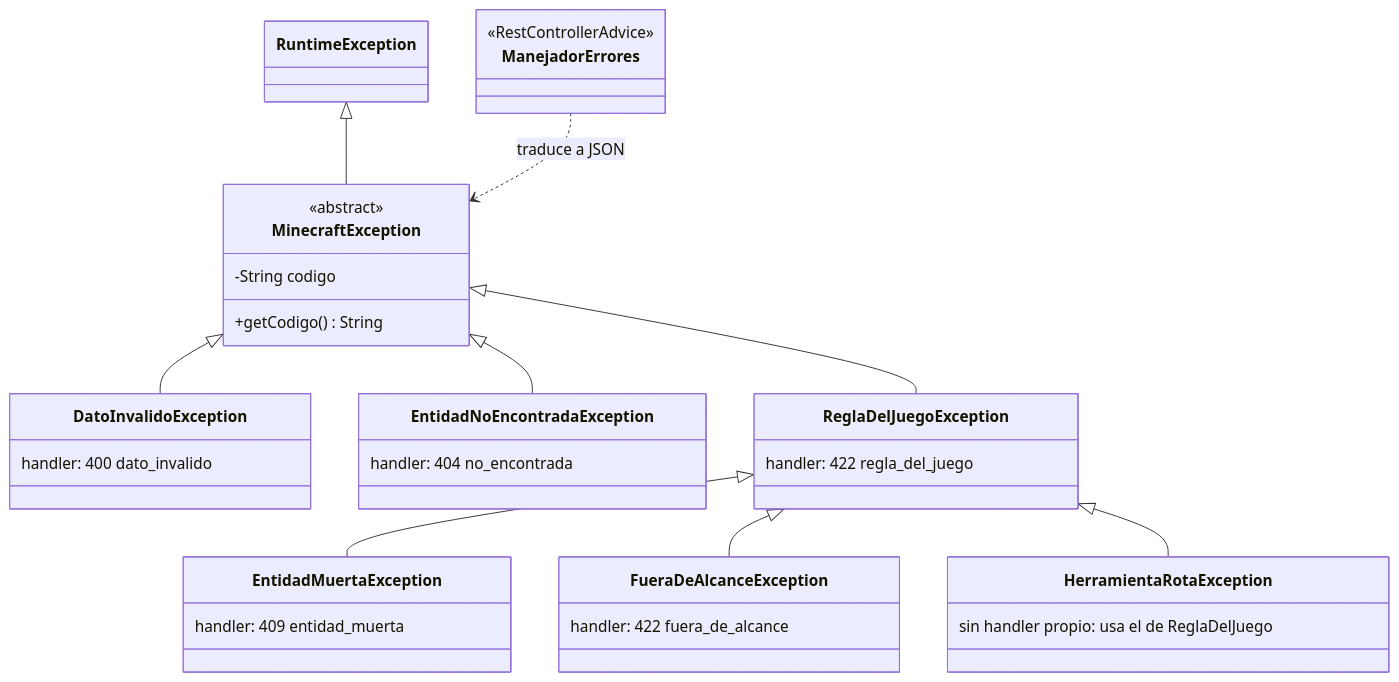
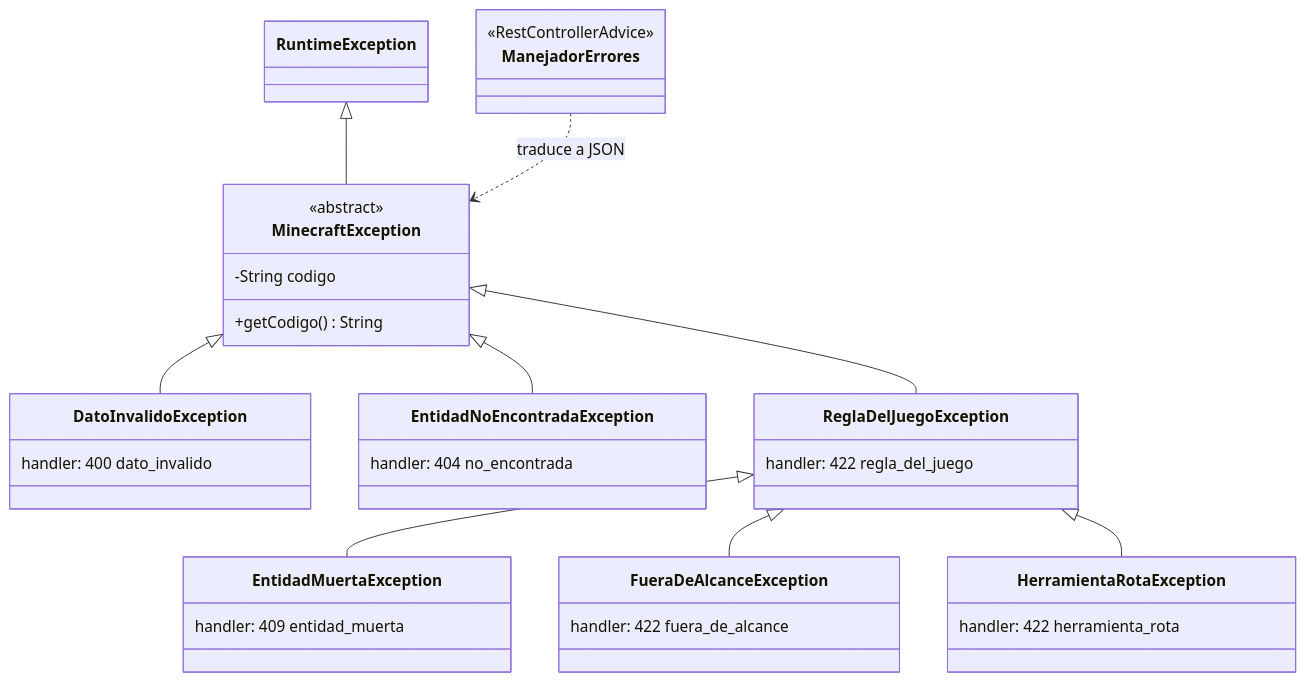
The second of 2 diagrams in README.md (IrinaInsfran/ii-taller-git-2026), drawn with Mermaid before and after one commit. The commit also changed other lines of this file and 27 other files, not shown here.

````diff
--- a/README.md
+++ b/README.md
@@ -313,39 +374,39 @@
 ```mermaid
 classDiagram
     class RuntimeException
     class MinecraftException {
         <<abstract>>
         -String codigo
         +getCodigo() String
     }
     class DatoInvalidoException {
         handler: 400 dato_invalido
     }
     class EntidadNoEncontradaException {
         handler: 404 no_encontrada
     }
     class ReglaDelJuegoException {
         handler: 422 regla_del_juego
     }
     class EntidadMuertaException {
         handler: 409 entidad_muerta
     }
     class FueraDeAlcanceException {
         handler: 422 fuera_de_alcance
     }
     class HerramientaRotaException {
-        sin handler propio: usa el de ReglaDelJuego
+        handler: 422 herramienta_rota
     }
     class ManejadorErrores {
         <<RestControllerAdvice>>
     }
 
     RuntimeException <|-- MinecraftException
     MinecraftException <|-- DatoInvalidoException
     MinecraftException <|-- EntidadNoEncontradaException
     MinecraftException <|-- ReglaDelJuegoException
     ReglaDelJuegoException <|-- EntidadMuertaException
     ReglaDelJuegoException <|-- FueraDeAlcanceException
     ReglaDelJuegoException <|-- HerramientaRotaException
     ManejadorErrores ..> MinecraftException : traduce a JSON
 ```
````
